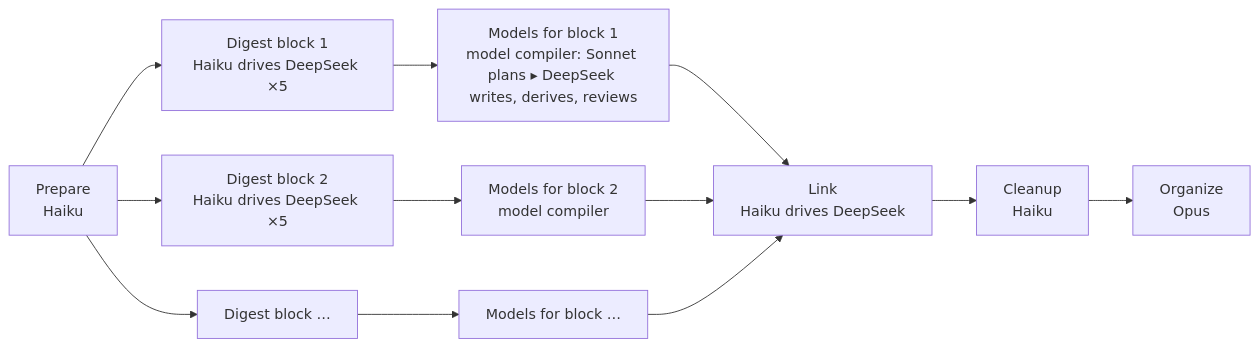
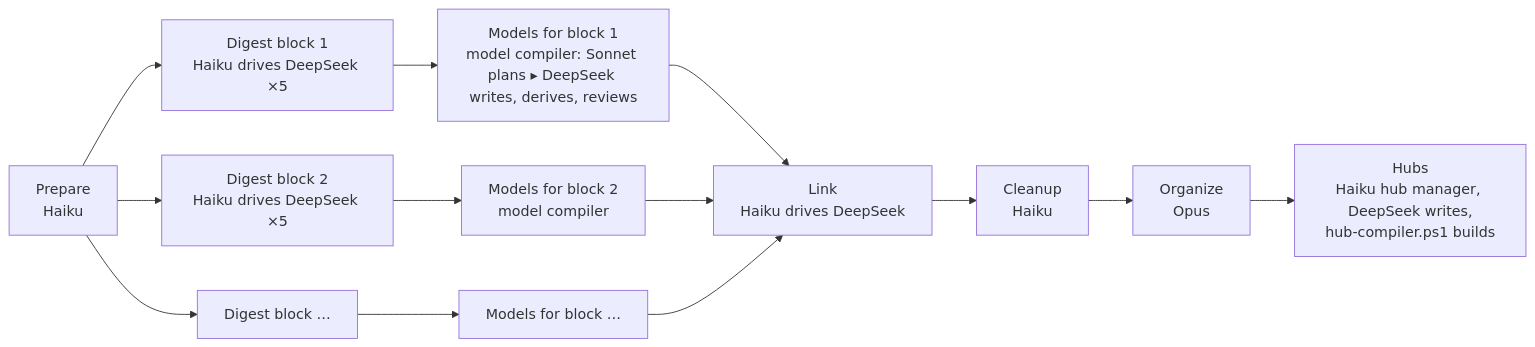
The diagram in doc/zt-book-digest-workflow.md (liudesheng9/zet), drawn with Mermaid before and after one commit. The commit also changed other lines of this file and 26 other files, not shown here.

First line of the commit message:
Add Hub Cards and a Haiku-managed hub stage to the book digest (zt 0.16.0)

````diff
--- a/doc/zt-book-digest-workflow.md
+++ b/doc/zt-book-digest-workflow.md
@@ -13,14 +13,15 @@
 ```mermaid
 flowchart LR
   P[Prepare<br/>Haiku] --> D1[Digest block 1<br/>Haiku drives DeepSeek ×5]
   P --> D2[Digest block 2<br/>Haiku drives DeepSeek ×5]
   P --> D3[Digest block …]
   D1 --> M1[Models for block 1<br/>model compiler: Sonnet plans ▸ DeepSeek writes, derives, reviews]
   D2 --> M2[Models for block 2<br/>model compiler]
   D3 --> M3[Models for block …]
   M1 --> L[Link<br/>Haiku drives DeepSeek]
   M2 --> L
   M3 --> L
   L --> C[Cleanup<br/>Haiku]
   C --> O[Organize<br/>Opus]
+  O --> H[Hubs<br/>Haiku hub manager, DeepSeek writes,<br/>hub-compiler.ps1 builds]
 ```
````
